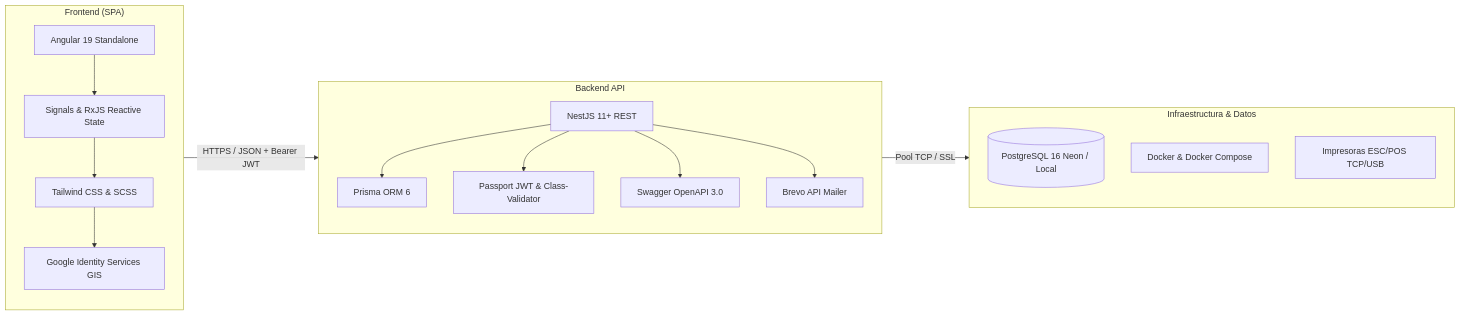
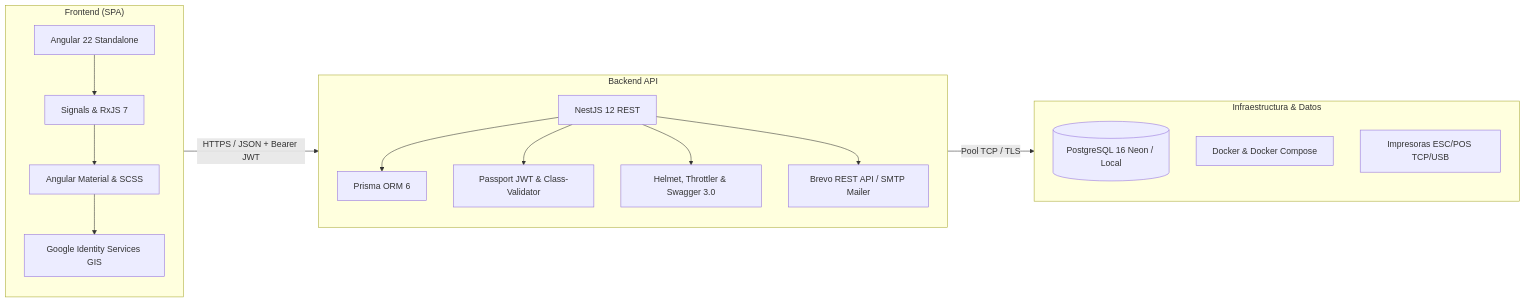
The first of 2 diagrams in README.md (juanesmartinezunicauca/MesaLista), drawn with Mermaid before and after one commit. The commit also changed other lines of this file and 73 other files, not shown here.

````diff
--- a/README.md
+++ b/README.md
@@ -44,24 +49,24 @@
 ```mermaid
 flowchart LR
     subgraph Client["Frontend (SPA)"]
-        A[Angular 19 Standalone] --> B[Signals & RxJS Reactive State]
-        B --> C[Tailwind CSS & SCSS]
+        A[Angular 22 Standalone] --> B[Signals & RxJS 7]
+        B --> C[Angular Material & SCSS]
         C --> D[Google Identity Services GIS]
     end
-    
+
     subgraph Server["Backend API"]
-        E[NestJS 11+ REST] --> F[Prisma ORM 6]
+        E[NestJS 12 REST] --> F[Prisma ORM 6]
         E --> G[Passport JWT & Class-Validator]
-        E --> H[Swagger OpenAPI 3.0]
-        E --> I[Brevo API Mailer]
+        E --> H[Helmet, Throttler & Swagger 3.0]
+        E --> I[Brevo REST API / SMTP Mailer]
     end
 
     subgraph Data["Infraestructura & Datos"]
         J[(PostgreSQL 16 Neon / Local)]
         K[Docker & Docker Compose]
         L[Impresoras ESC/POS TCP/USB]
     end
 
     Client -->|HTTPS / JSON + Bearer JWT| Server
-    Server -->|Pool TCP / SSL| Data
+    Server -->|Pool TCP / TLS| Data
 ```
````
